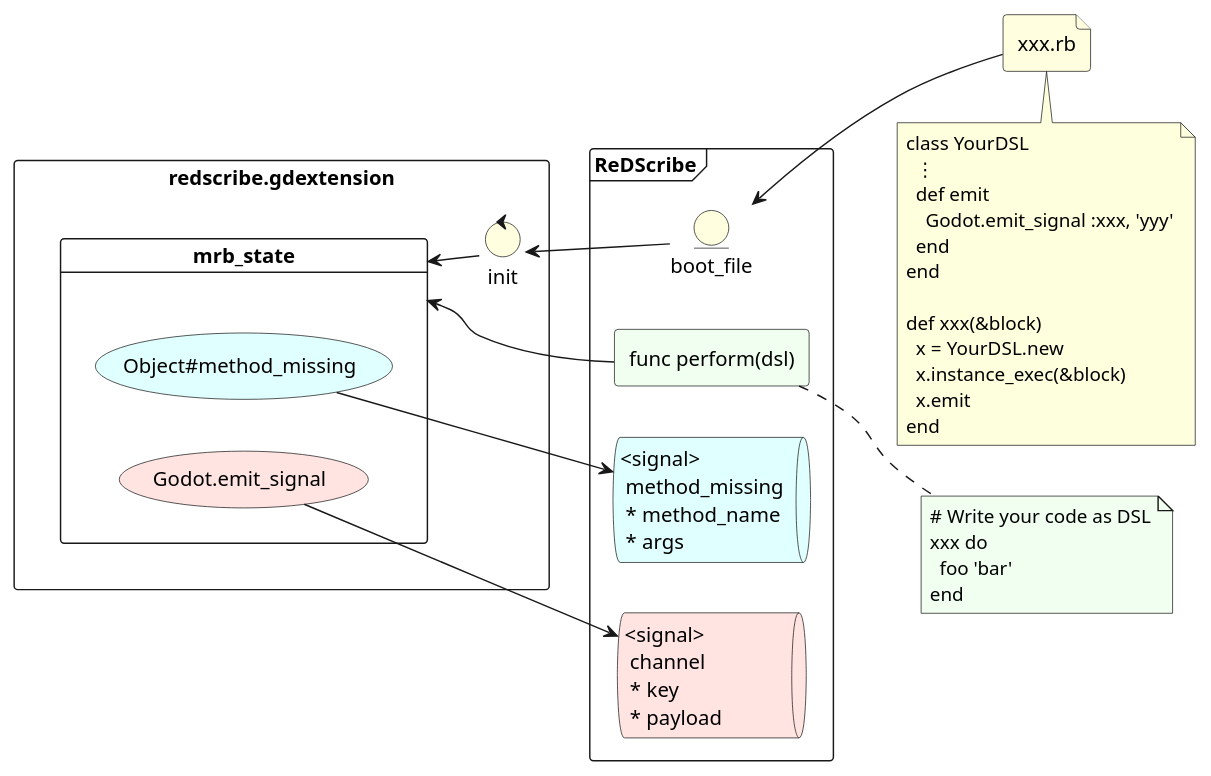
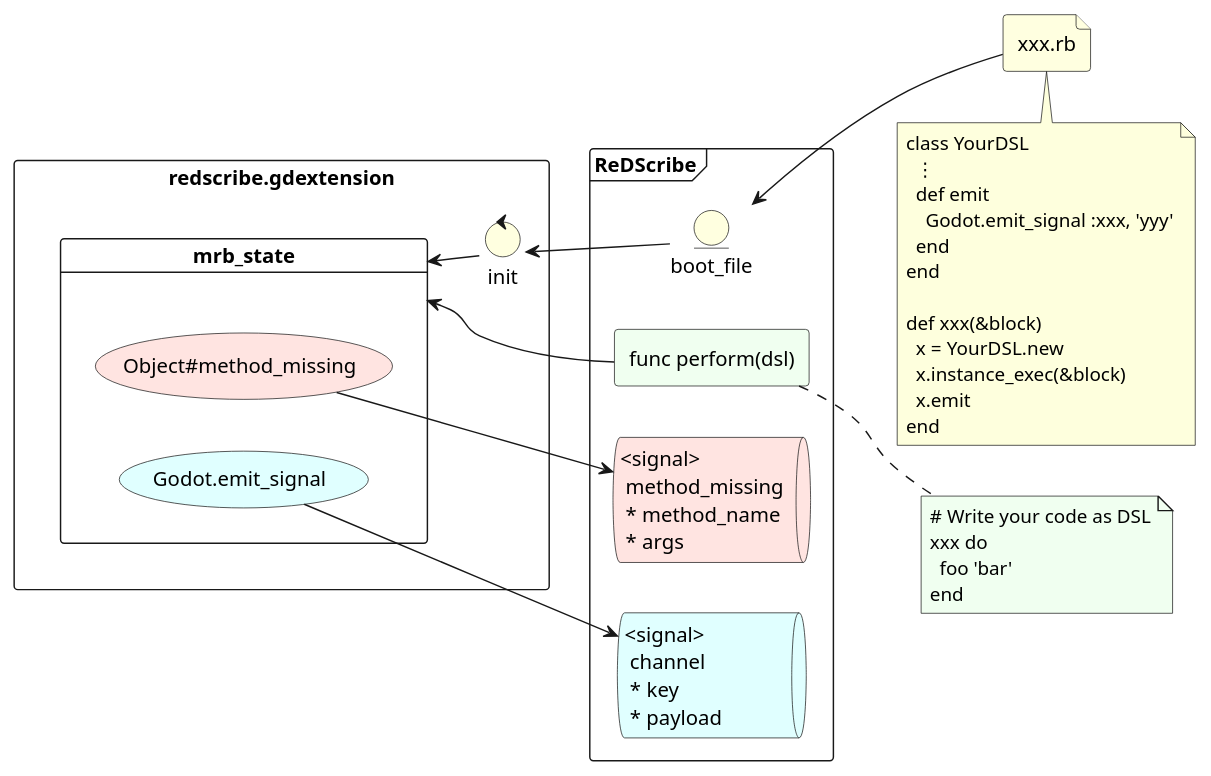
Before and after one commit to tkmfujise/ReDScribe: the diagram in doc/diagram.adoc, drawn with PlantUML. The commit also changed 1 other file, not shown here.

```diff
--- a/doc/diagram.adoc
+++ b/doc/diagram.adoc
@@ -5,50 +5,50 @@
 [plantuml, architecture]
 ....
 rectangle "redscribe.gdextension" as mruby {
   control "init" as mrb_open #lightyellow
   card "mrb_state" as mrb_perform {
-    usecase "Object#method_missing" as mrb_method_missing #lightcyan
-    usecase "Godot.emit_signal" as mrb_emit_signal #mistyrose
+    usecase "Object#method_missing" as mrb_method_missing #mistyrose
+    usecase "Godot.emit_signal" as mrb_emit_signal #lightcyan
   }
 }
 
 file "xxx.rb" as boot.rb #lightyellow
 
 frame ReDScribe {
   agent "func perform(dsl)" as perform #honeydew
   entity boot_file #lightyellow
-  queue "<signal>\n method_missing \n * method_name\n * args" as method_missing #lightcyan
-  queue "<signal>\n channel               \n * key\n * payload" as channel #mistyrose
+  queue "<signal>\n method_missing \n * method_name\n * args" as method_missing #mistyrose
+  queue "<signal>\n channel               \n * key\n * payload" as channel #lightcyan
 }
 
 left to right direction
 
 boot_file <-- boot.rb
 mrb_open <-- boot_file
 mrb_perform <-- perform
 mrb_open -up-> mrb_perform
 mrb_method_missing --> method_missing
 mrb_emit_signal    --> channel
 
 note bottom of boot.rb
   class YourDSL
     ⋮
     def emit
       Godot.emit_signal :xxx, 'yyy'
     end
   end
 
   def xxx(&block)
     x = YourDSL.new
     x.instance_exec(&block)
     x.emit
   end
 end note
 
 note right of perform #honeydew
   ~# Write your code as DSL
   xxx do
     foo 'bar'
   end
 end note
 ....
```
